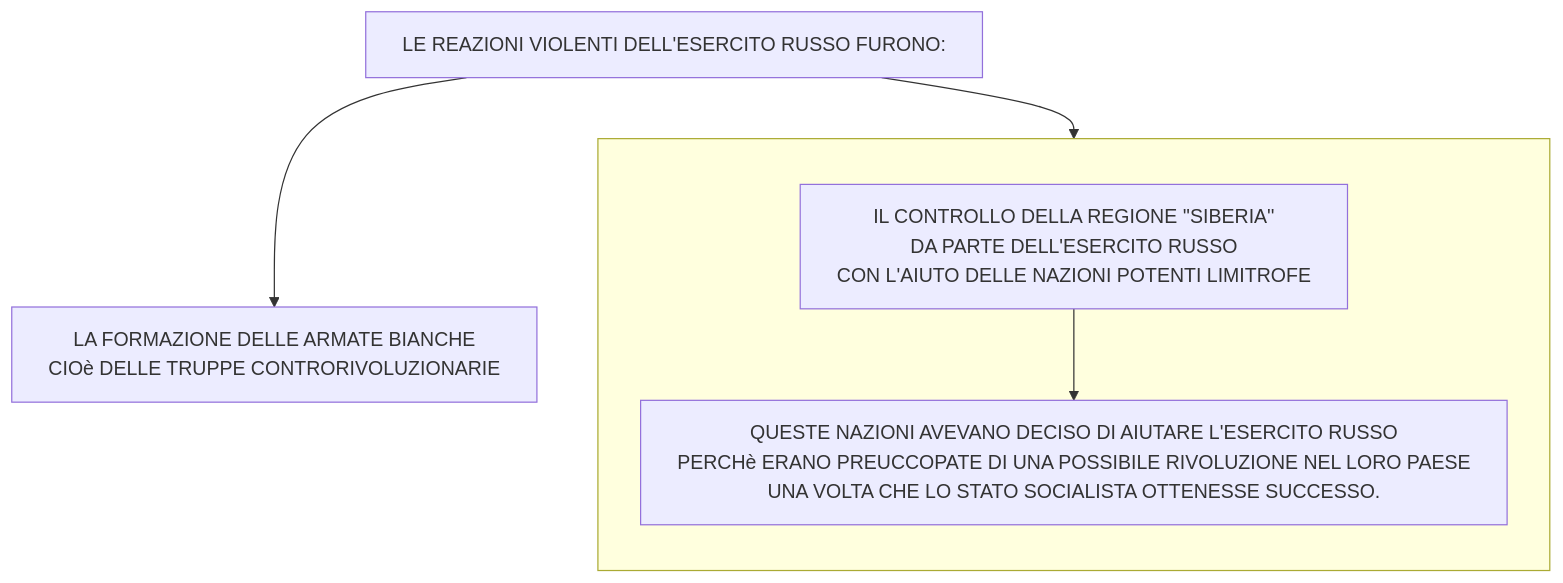
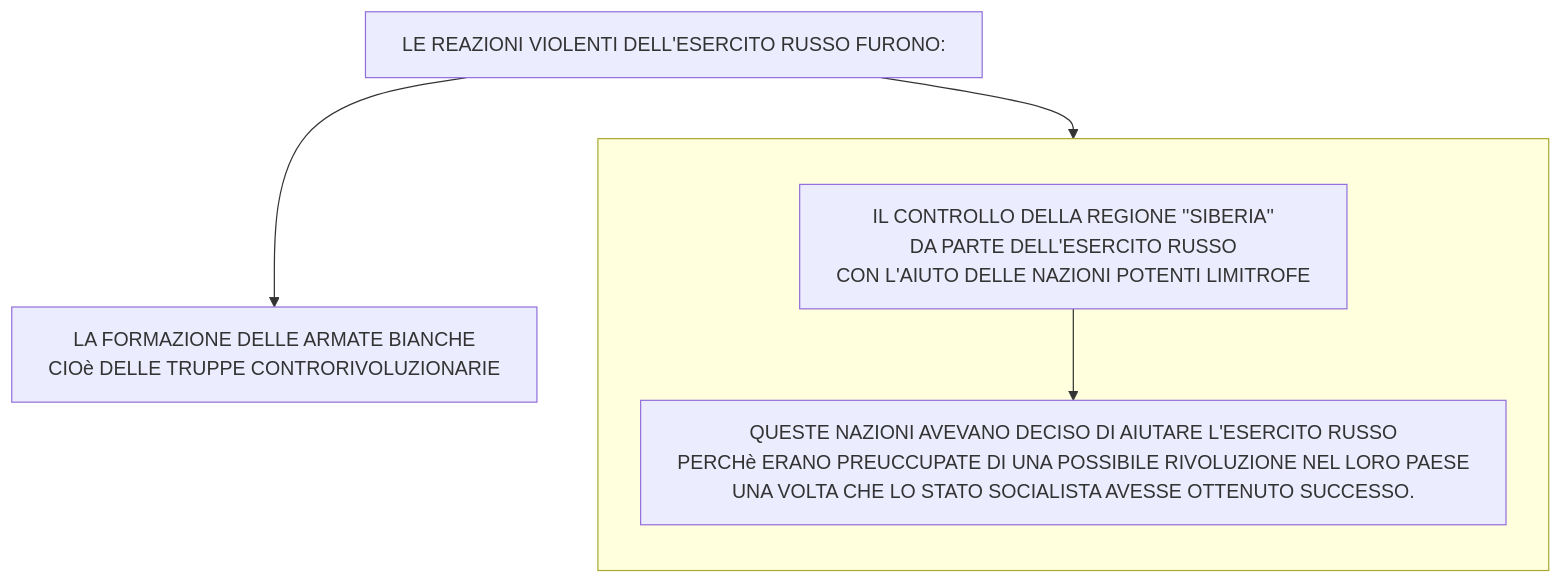
Before and after one commit to Laaouatni/ricerca-storia-MermaidJS: the fifth of 22 diagrams in stalinismoRiscrittura.md, drawn with Mermaid. The commit also changed other lines of this file, not shown here.

````diff
--- a/stalinismoRiscrittura.md
+++ b/stalinismoRiscrittura.md
@@ -82,13 +82,13 @@
 ```mermaid
 %%{init: { "flowchart": { "wrappingWidth": 700 } }}%%
 flowchart TB
   0[LE REAZIONI VIOLENTI DELL'ESERCITO RUSSO FURONO:]
   1[LA FORMAZIONE DELLE ARMATE BIANCHE <br> CIOè DELLE TRUPPE CONTRORIVOLUZIONARIE]
   subgraph 02[" "]
     direction TB
     2[IL CONTROLLO DELLA REGIONE ''SIBERIA'' <BR>DA PARTE DELL'ESERCITO RUSSO <BR>CON L'AIUTO DELLE NAZIONI POTENTI LIMITROFE]
-    20[QUESTE NAZIONI AVEVANO DECISO DI AIUTARE L'ESERCITO RUSSO <BR>PERCHè ERANO PREUCCOPATE DI UNA POSSIBILE RIVOLUZIONE NEL LORO PAESE <BR>UNA VOLTA CHE LO STATO SOCIALISTA OTTENESSE SUCCESSO.]
+    20[QUESTE NAZIONI AVEVANO DECISO DI AIUTARE L'ESERCITO RUSSO <BR>PERCHè ERANO PREUCCUPATE DI UNA POSSIBILE RIVOLUZIONE NEL LORO PAESE <BR>UNA VOLTA CHE LO STATO SOCIALISTA AVESSE OTTENUTO SUCCESSO.]
     2 --> 20
   end
   0 --> 1 & 02
 ```
````
